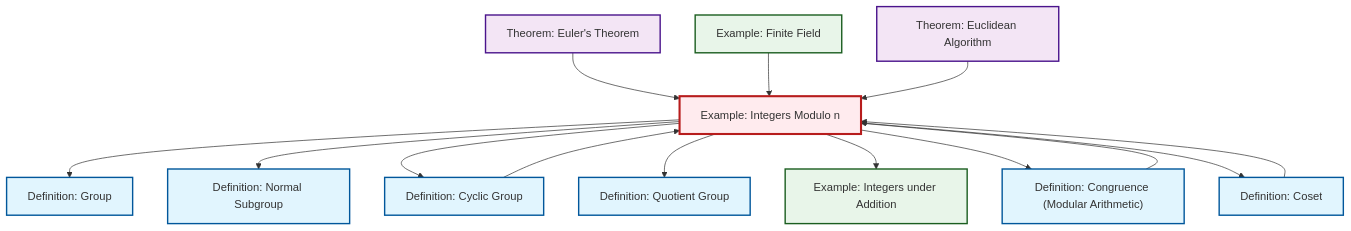
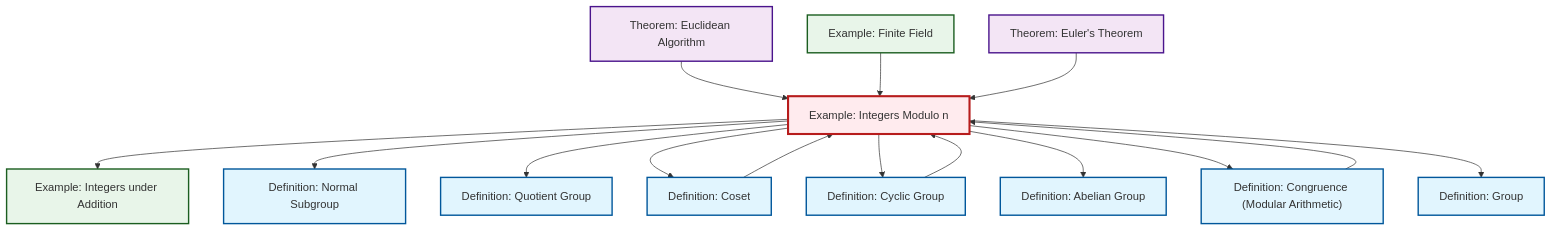
The diagram in content/ja/algebra/ex-quotient-integers-mod-n.qmd (RK0429/ModernMath), drawn with Mermaid before and after one commit. The commit also changed 474 other files, not shown here.

````diff
--- a/content/ja/algebra/ex-quotient-integers-mod-n.qmd
+++ b/content/ja/algebra/ex-quotient-integers-mod-n.qmd
@@ -121,44 +121,47 @@
 ```{mermaid}
 %%| fig-cap: "Local dependency graph"
 graph TD
     classDef definition fill:#e1f5fe,stroke:#01579b,stroke-width:2px
     classDef theorem fill:#f3e5f5,stroke:#4a148c,stroke-width:2px
     classDef axiom fill:#fff3e0,stroke:#e65100,stroke-width:2px
     classDef example fill:#e8f5e9,stroke:#1b5e20,stroke-width:2px
     classDef current fill:#ffebee,stroke:#b71c1c,stroke-width:3px
-    ex-quotient-integers-mod-n["Example: Integers Modulo n"]:::example
-    ex-finite-field["Example: Finite Field"]:::example
+    thm-euler["Theorem: Euler's Theorem"]:::theorem
+    def-abelian-group["Definition: Abelian Group"]:::definition
+    def-quotient-group["Definition: Quotient Group"]:::definition
+    ex-integers-addition["Example: Integers under Addition"]:::example
+    def-cyclic-group["Definition: Cyclic Group"]:::definition
+    thm-euclidean-algorithm["Theorem: Euclidean Algorithm"]:::theorem
     def-coset["Definition: Coset"]:::definition
     def-group["Definition: Group"]:::definition
-    thm-euclidean-algorithm["Theorem: Euclidean Algorithm"]:::theorem
+    ex-finite-field["Example: Finite Field"]:::example
     def-normal-subgroup["Definition: Normal Subgroup"]:::definition
-    def-quotient-group["Definition: Quotient Group"]:::definition
-    thm-euler["Theorem: Euler's Theorem"]:::theorem
-    ex-integers-addition["Example: Integers under Addition"]:::example
-    def-cyclic-group["Definition: Cyclic Group"]:::definition
     def-congruence["Definition: Congruence (Modular Arithmetic)"]:::definition
-    ex-quotient-integers-mod-n --> def-group
+    ex-quotient-integers-mod-n["Example: Integers Modulo n"]:::example
+    def-coset --> ex-quotient-integers-mod-n
+    ex-quotient-integers-mod-n --> ex-integers-addition
+    thm-euclidean-algorithm --> ex-quotient-integers-mod-n
+    def-congruence --> ex-quotient-integers-mod-n
+    def-cyclic-group --> ex-quotient-integers-mod-n
     ex-quotient-integers-mod-n --> def-normal-subgroup
+    ex-quotient-integers-mod-n --> def-quotient-group
+    ex-finite-field --> ex-quotient-integers-mod-n
+    ex-quotient-integers-mod-n --> def-coset
     ex-quotient-integers-mod-n --> def-cyclic-group
     thm-euler --> ex-quotient-integers-mod-n
-    def-coset --> ex-quotient-integers-mod-n
-    ex-finite-field --> ex-quotient-integers-mod-n
-    thm-euclidean-algorithm --> ex-quotient-integers-mod-n
-    def-cyclic-group --> ex-quotient-integers-mod-n
-    ex-quotient-integers-mod-n --> def-quotient-group
-    def-congruence --> ex-quotient-integers-mod-n
-    ex-quotient-integers-mod-n --> ex-integers-addition
+    ex-quotient-integers-mod-n --> def-abelian-group
     ex-quotient-integers-mod-n --> def-congruence
-    ex-quotient-integers-mod-n --> def-coset
+    ex-quotient-integers-mod-n --> def-group
     class ex-quotient-integers-mod-n current
-    click ex-finite-field "ex-finite-field.html" "Example: Finite Fieldへ"
+    click thm-euler "thm-euler.html" "Theorem: Euler's Theoremへ"
+    click def-abelian-group "def-abelian-group.html" "Definition: Abelian Groupへ"
+    click def-quotient-group "def-quotient-group.html" "Definition: Quotient Groupへ"
+    click ex-integers-addition "ex-integers-addition.html" "Example: Integers under Additionへ"
+    click def-cyclic-group "def-cyclic-group.html" "Definition: Cyclic Groupへ"
+    click thm-euclidean-algorithm "thm-euclidean-algorithm.html" "Theorem: Euclidean Algorithmへ"
     click def-coset "def-coset.html" "Definition: Cosetへ"
     click def-group "def-group.html" "Definition: Groupへ"
-    click thm-euclidean-algorithm "thm-euclidean-algorithm.html" "Theorem: Euclidean Algorithmへ"
+    click ex-finite-field "ex-finite-field.html" "Example: Finite Fieldへ"
     click def-normal-subgroup "def-normal-subgroup.html" "Definition: Normal Subgroupへ"
-    click def-quotient-group "def-quotient-group.html" "Definition: Quotient Groupへ"
-    click thm-euler "thm-euler.html" "Theorem: Euler's Theoremへ"
-    click ex-integers-addition "ex-integers-addition.html" "Example: Integers under Additionへ"
-    click def-cyclic-group "def-cyclic-group.html" "Definition: Cyclic Groupへ"
     click def-congruence "def-congruence.html" "Definition: Congruence (Modular Arithmetic)へ"
 ```
````
